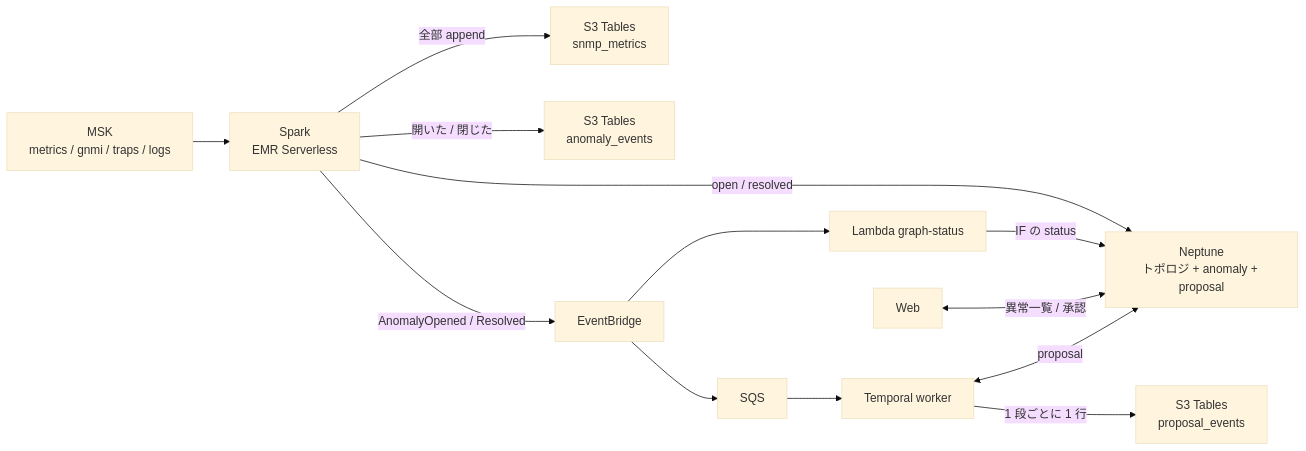
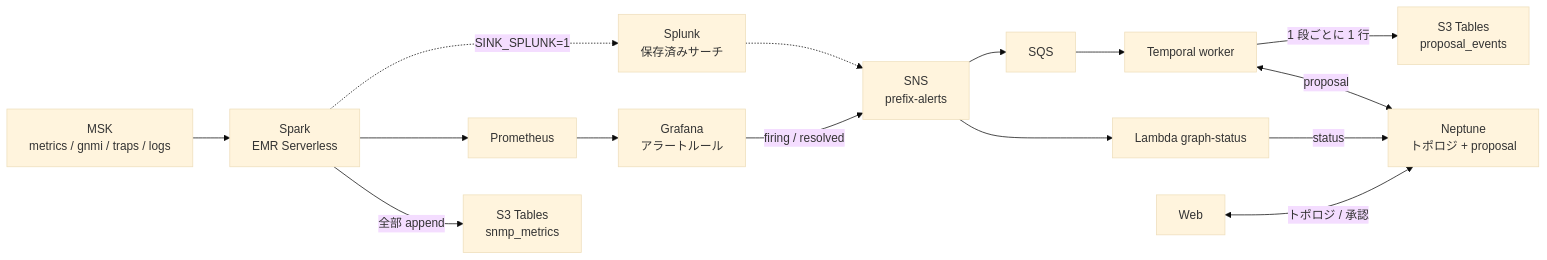
One commit to eddie-eights/cf-netops-sandbox changed the first of 2 diagrams in docs/data-stores.md. Above: the diagram before and after it, drawn with Mermaid (base theme). The commit also changed other lines of this file and 10 other files, not shown here.

Commit message:
docs: 検知を Grafana / Splunk のアラート（SNS）に移したことに合わせた

````diff
--- a/docs/data-stores.md
+++ b/docs/data-stores.md
@@ -25,13 +27,14 @@
 ```mermaid
 flowchart LR
   MSK["MSK<br/>metrics / gnmi / traps / logs"] --> SPARK["Spark<br/>EMR Serverless"]
   SPARK -->|"全部 append"| ICE["S3 Tables<br/>snmp_metrics"]
-  SPARK -->|"開いた / 閉じた"| AEV["S3 Tables<br/>anomaly_events"]
-  SPARK -->|"open / resolved"| NEP["Neptune<br/>トポロジ + anomaly + proposal"]
-  SPARK -->|"AnomalyOpened / Resolved"| EB["EventBridge"]
-  EB --> GL["Lambda graph-status"] -->|"IF の status"| NEP
-  EB --> SQS["SQS"] --> WK["Temporal worker"]
+  SPARK --> PROM["Prometheus"] --> GRAF["Grafana<br/>アラートルール"]
+  SPARK -.->|"SINK_SPLUNK=1"| SPL["Splunk<br/>保存済みサーチ"]
+  GRAF -->|"firing / resolved"| SNS["SNS<br/>prefix-alerts"]
+  SPL -.-> SNS
+  SNS --> GL["Lambda graph-status"] -->|"status"| NEP["Neptune<br/>トポロジ + proposal"]
+  SNS --> SQS["SQS"] --> WK["Temporal worker"]
   WK <-->|"proposal"| NEP
   WK -->|"1 段ごとに 1 行"| PEV["S3 Tables<br/>proposal_events"]
-  WEB["Web"] <-->|"異常一覧 / 承認"| NEP
+  WEB["Web"] <-->|"トポロジ / 承認"| NEP
 ```
````
